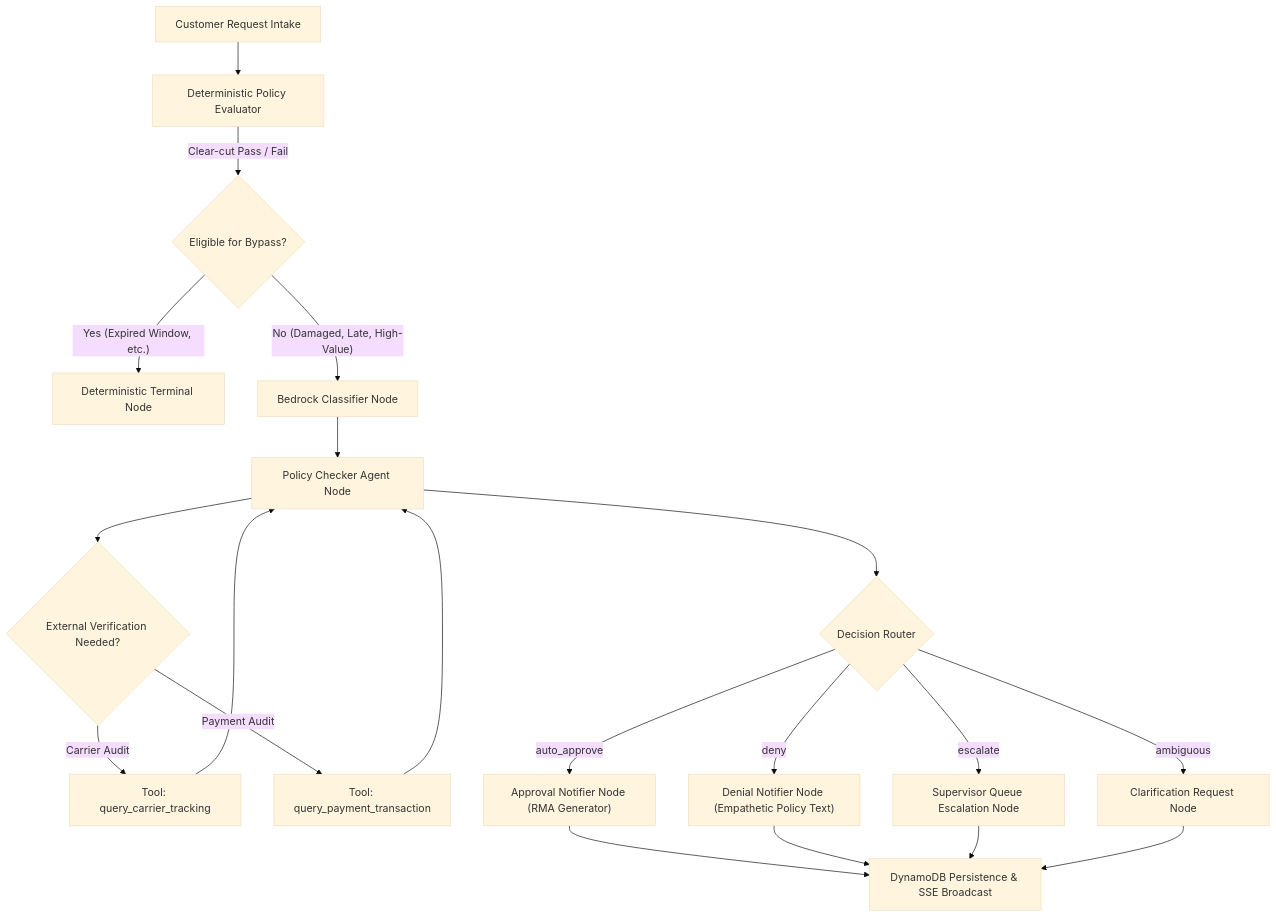
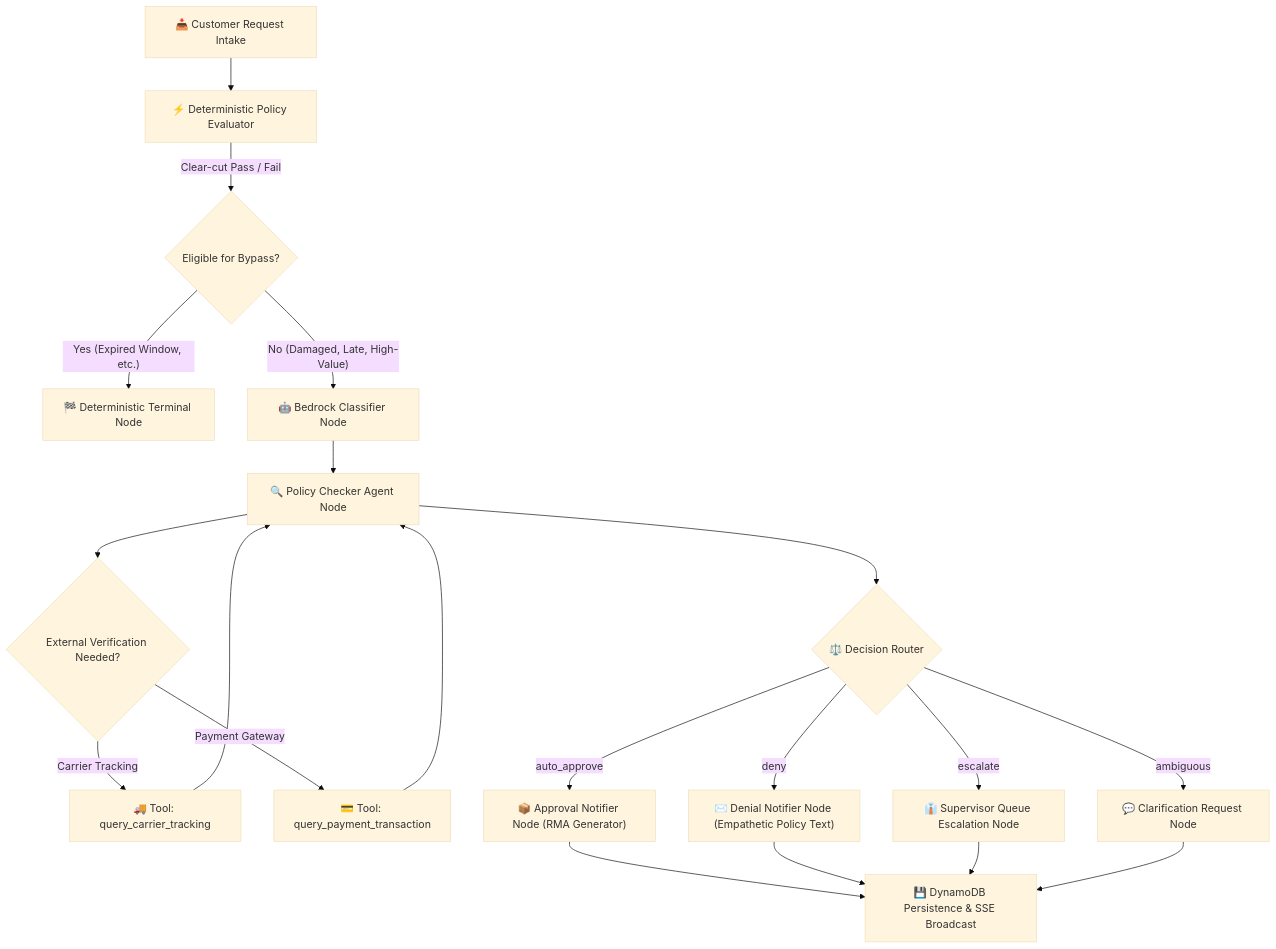
Before and after one commit to gxobst/refund-request-processor: the diagram in README.md, drawn with Mermaid (base theme). The commit also changed other lines of this file, not shown here.

````diff
--- a/README.md
+++ b/README.md
@@ -224,25 +104,25 @@
 ```mermaid
 flowchart TD
-    A["Customer Request Intake"] --> B["Deterministic Policy Evaluator"]
+    A["📥 Customer Request Intake"] --> B["⚡ Deterministic Policy Evaluator"]
     B -->|"Clear-cut Pass / Fail"| C{"Eligible for Bypass?"}
-    C -->|"Yes (Expired Window, etc.)"| D["Deterministic Terminal Node"]
-    C -->|"No (Damaged, Late, High-Value)"| E["Bedrock Classifier Node"]
+    C -->|"Yes (Expired Window, etc.)"| D["🏁 Deterministic Terminal Node"]
+    C -->|"No (Damaged, Late, High-Value)"| E["🤖 Bedrock Classifier Node"]
     
-    E --> F["Policy Checker Agent Node"]
+    E --> F["🔍 Policy Checker Agent Node"]
     F --> G{"External Verification Needed?"}
-    G -->|"Carrier Audit"| H["Tool: query_carrier_tracking"]
-    G -->|"Payment Audit"| I["Tool: query_payment_transaction"]
+    G -->|"Carrier Tracking"| H["🚚 Tool: query_carrier_tracking"]
+    G -->|"Payment Gateway"| I["💳 Tool: query_payment_transaction"]
     H --> F
     I --> F
     
-    F --> J{"Decision Router"}
-    J -->|"auto_approve"| K["Approval Notifier Node (RMA Generator)"]
-    J -->|"deny"| L["Denial Notifier Node (Empathetic Policy Text)"]
-    J -->|"escalate"| M["Supervisor Queue Escalation Node"]
-    J -->|"ambiguous"| N["Clarification Request Node"]
+    F --> J{"⚖️ Decision Router"}
+    J -->|"auto_approve"| K["📦 Approval Notifier Node (RMA Generator)"]
+    J -->|"deny"| L["✉️ Denial Notifier Node (Empathetic Policy Text)"]
+    J -->|"escalate"| M["👔 Supervisor Queue Escalation Node"]
+    J -->|"ambiguous"| N["💬 Clarification Request Node"]
     
-    K --> O["DynamoDB Persistence & SSE Broadcast"]
+    K --> O["💾 DynamoDB Persistence & SSE Broadcast"]
     L --> O
     M --> O
     N --> O
 ```
````
